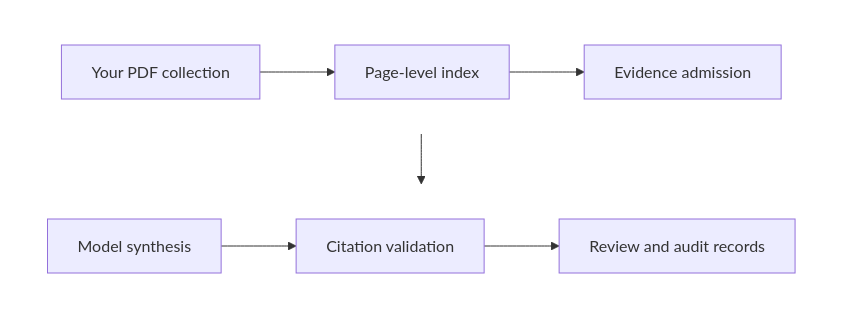
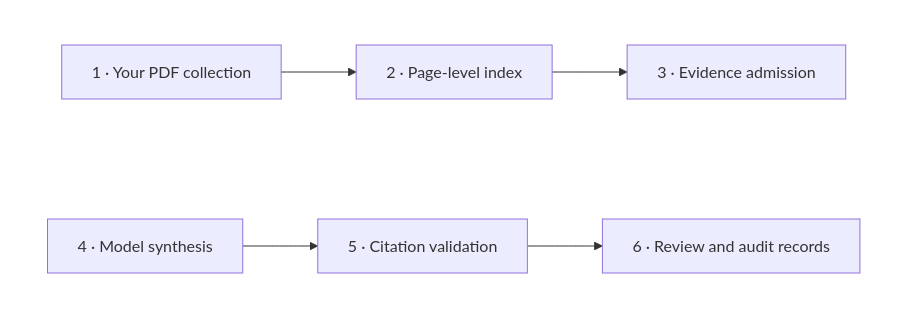
One commit to igbaccin/rrr-poc changed the diagram in README.md. Above: the diagram before and after it, drawn with Mermaid.

Commit message:
Fix RRR workflow diagram flow

````diff
--- a/README.md
+++ b/README.md
@@ -45,14 +45,14 @@
 ```mermaid
 flowchart TB
     subgraph first[" "]
         direction LR
-        A["Your PDF collection"] --> B["Page-level index"] --> C["Evidence admission"]
+        A["1 · Your PDF collection"] --> B["2 · Page-level index"] --> C["3 · Evidence admission"]
     end
     subgraph second[" "]
         direction LR
-        D["Model synthesis"] --> E["Citation validation"] --> F["Review and audit records"]
+        D["4 · Model synthesis"] --> E["5 · Citation validation"] --> F["6 · Review and audit records"]
     end
-    C --> D
+    C ~~~ D
     style first fill:none,stroke:none
     style second fill:none,stroke:none
 ```
````
